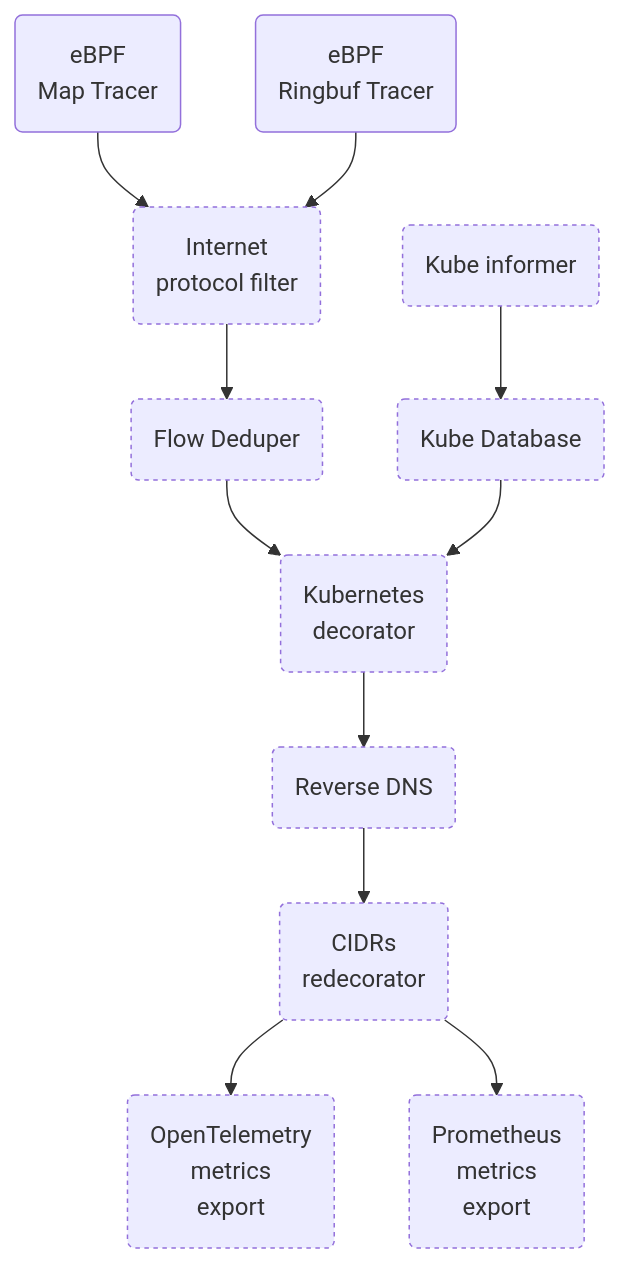
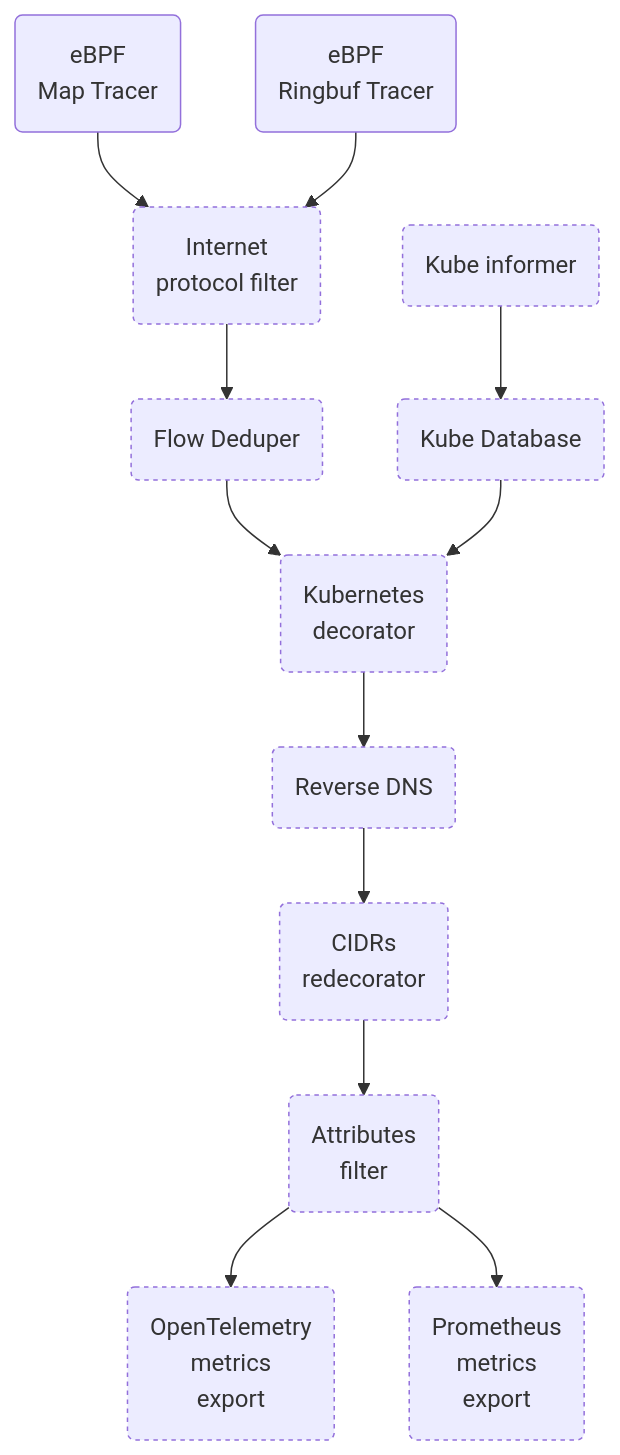
One commit to grafana/beyla changed the second of 2 diagrams in devdocs/pipeline-map.md. Above: the diagram before and after it, drawn with Mermaid. The commit also changed other lines of this file and 2 other files, not shown here.

````diff
--- a/devdocs/pipeline-map.md
+++ b/devdocs/pipeline-map.md
@@ -46,14 +48,15 @@
 ```mermaid
 flowchart TD
     classDef optional stroke-dasharray: 3 3;
     MT(eBPF<br/>Map Tracer) --> PF
     RT(eBPF<br/>Ringbuf Tracer) --> PF
     PF(Internet<br/>protocol filter):::optional --> DD
     DD(Flow Deduper):::optional --> K8S
     KIN(Kube informer):::optional --> KDB
     KDB(Kube Database):::optional --> K8S
     K8S(Kubernetes<br/>decorator):::optional --> RDNS
     RDNS(Reverse DNS):::optional --> CIDRS
-    CIDRS(CIDRs<br/>redecorator):::optional --> OTEL(OpenTelemetry<br/>metrics<br/>export):::optional
-    CIDRS --> PROM(Prometheus<br/>metrics<br/>export):::optional
+    CIDRS(CIDRs<br/>redecorator):::optional --> FLTR
+    FLTR(Attributes<br/>filter):::optional --> OTEL(OpenTelemetry<br/>metrics<br/>export):::optional
+    FLTR --> PROM(Prometheus<br/>metrics<br/>export):::optional
 ```
````
